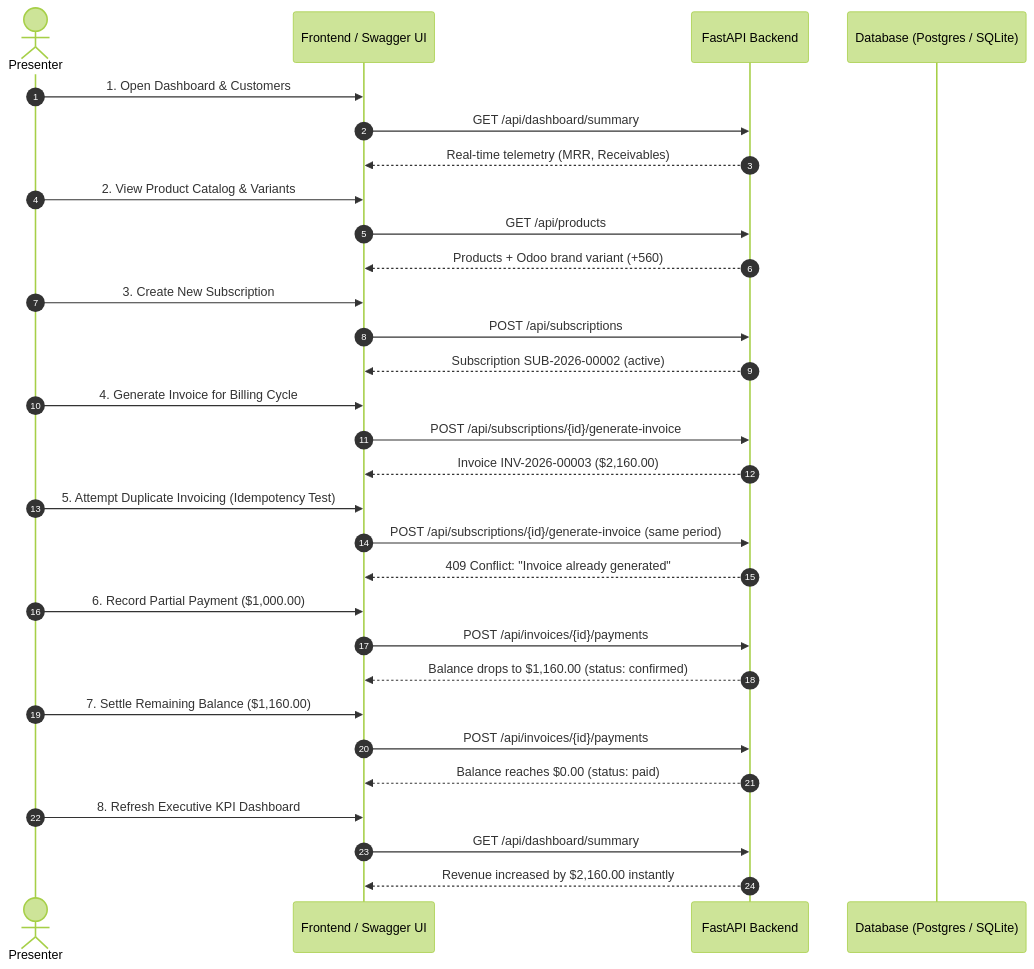
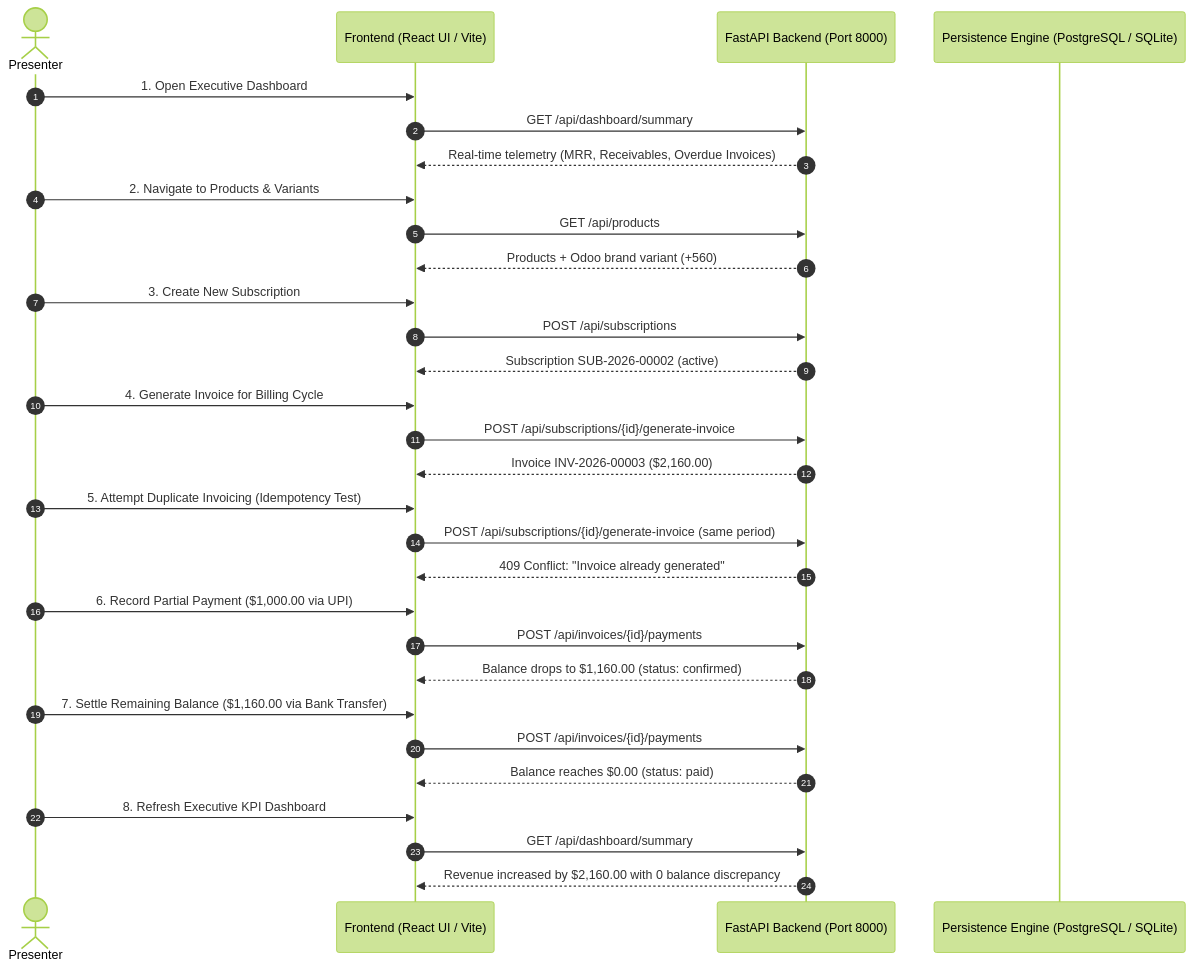
The diagram in docs/DEMO_RUNBOOK.md (mominabrarm/Pay-Doo), drawn with Mermaid (forest theme) before and after one commit. The commit also changed other lines of this file and 1 other file, not shown here.

Commit message:
docs(qa): update frontend integration audit and demo runbook with verified commit e7fa89f

````diff
--- a/docs/DEMO_RUNBOOK.md
+++ b/docs/DEMO_RUNBOOK.md
@@ -52,33 +56,33 @@
 ```mermaid
 sequenceDiagram
     autonumber
     actor Presenter
-    participant UI as Frontend / Swagger UI
-    participant API as FastAPI Backend
-    participant DB as Database (Postgres / SQLite)
+    participant UI as Frontend (React UI / Vite)
+    participant API as FastAPI Backend (Port 8000)
+    participant DB as Persistence Engine (PostgreSQL / SQLite)
 
-    Presenter->>UI: 1. Open Dashboard & Customers
+    Presenter->>UI: 1. Open Executive Dashboard
     UI->>API: GET /api/dashboard/summary
-    API-->>UI: Real-time telemetry (MRR, Receivables)
-    Presenter->>UI: 2. View Product Catalog & Variants
+    API-->>UI: Real-time telemetry (MRR, Receivables, Overdue Invoices)
+    Presenter->>UI: 2. Navigate to Products & Variants
     UI->>API: GET /api/products
     API-->>UI: Products + Odoo brand variant (+560)
     Presenter->>UI: 3. Create New Subscription
     UI->>API: POST /api/subscriptions
     API-->>UI: Subscription SUB-2026-00002 (active)
     Presenter->>UI: 4. Generate Invoice for Billing Cycle
     UI->>API: POST /api/subscriptions/{id}/generate-invoice
     API-->>UI: Invoice INV-2026-00003 ($2,160.00)
     Presenter->>UI: 5. Attempt Duplicate Invoicing (Idempotency Test)
     UI->>API: POST /api/subscriptions/{id}/generate-invoice (same period)
     API-->>UI: 409 Conflict: "Invoice already generated"
-    Presenter->>UI: 6. Record Partial Payment ($1,000.00)
+    Presenter->>UI: 6. Record Partial Payment ($1,000.00 via UPI)
     UI->>API: POST /api/invoices/{id}/payments
     API-->>UI: Balance drops to $1,160.00 (status: confirmed)
-    Presenter->>UI: 7. Settle Remaining Balance ($1,160.00)
+    Presenter->>UI: 7. Settle Remaining Balance ($1,160.00 via Bank Transfer)
     UI->>API: POST /api/invoices/{id}/payments
     API-->>UI: Balance reaches $0.00 (status: paid)
     Presenter->>UI: 8. Refresh Executive KPI Dashboard
     UI->>API: GET /api/dashboard/summary
-    API-->>UI: Revenue increased by $2,160.00 instantly
+    API-->>UI: Revenue increased by $2,160.00 with 0 balance discrepancy
 ```
````
